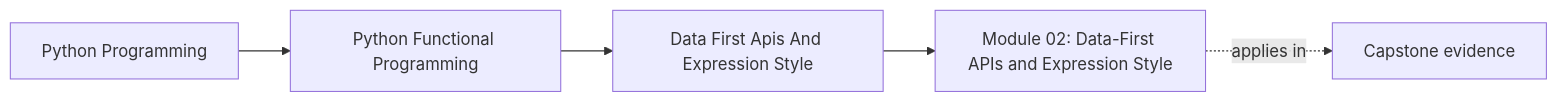
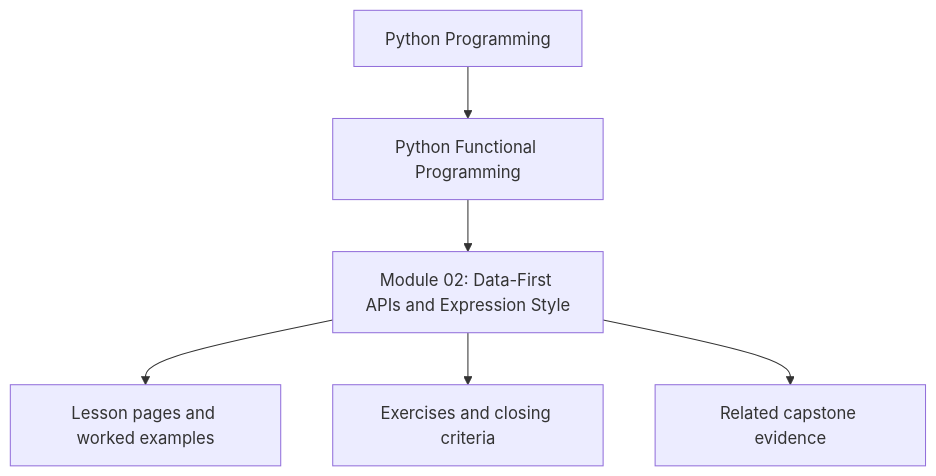
One commit to bijux/bijux-masterclass changed the first of 2 diagrams in programs/python-programming/python-functional-programming/course-book/module-02-data-first-apis-and-expression-style/index.md. Above: the diagram before and after it, drawn with Mermaid. The commit also changed other lines of this file and 10 other files, not shown here.

Commit message:
docs(python-functional-programming): reposition module overview diagrams

````diff
--- a/programs/python-programming/python-functional-programming/course-book/module-02-data-first-apis-and-expression-style/index.md
+++ b/programs/python-programming/python-functional-programming/course-book/module-02-data-first-apis-and-expression-style/index.md
@@ -7,11 +7,8 @@
 ```mermaid
-graph LR
-  family["Python Programming"]
-  program["Python Functional Programming"]
-  section["Data First Apis And Expression Style"]
-  page["Module 02: Data-First APIs and Expression Style"]
-  capstone["Capstone evidence"]
-
-  family --> program --> section --> page
-  page -.applies in.-> capstone
+flowchart TD
+  family["Python Programming"] --> program["Python Functional Programming"]
+  program --> module["Module 02: Data-First APIs and Expression Style"]
+  module --> lessons["Lesson pages and worked examples"]
+  module --> checkpoints["Exercises and closing criteria"]
+  module --> capstone["Related capstone evidence"]
 ```
````
